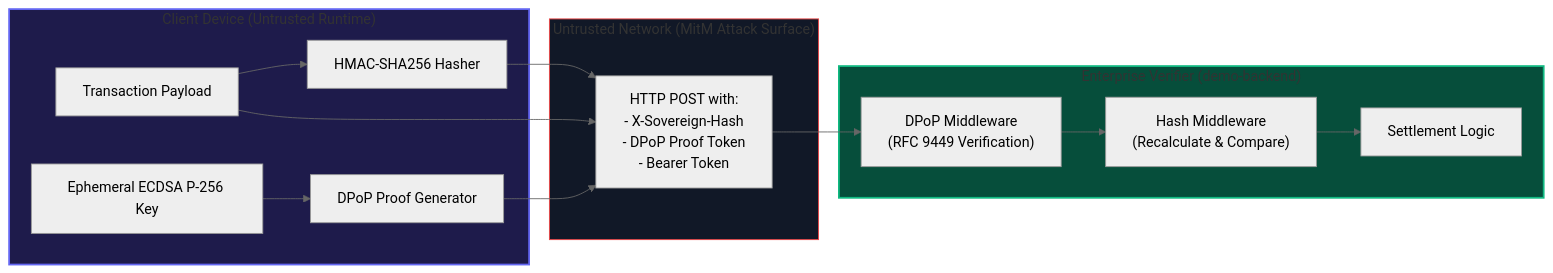
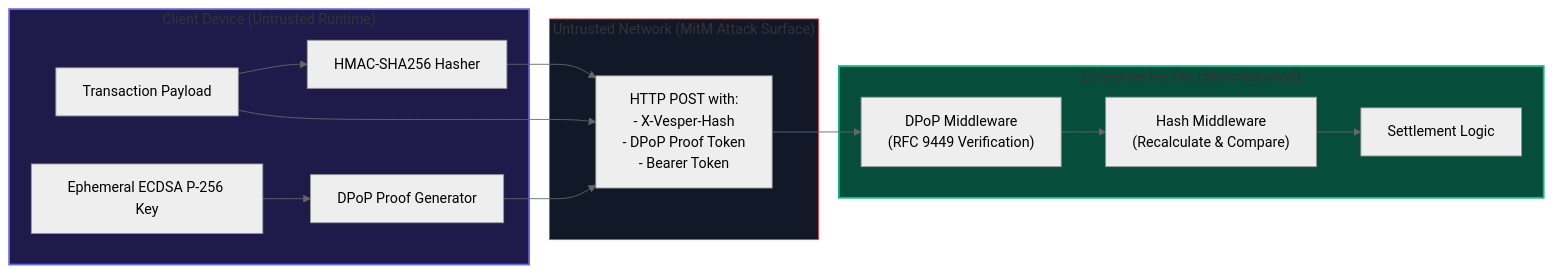
The first of 2 diagrams in docs/compliance/dora_operational_resilience.md (ChristianPastenC/vesper-platform), drawn with Mermaid (neutral theme) before and after one commit. The commit also changed other lines of this file and 267 other files, not shown here.

````diff
--- a/docs/compliance/dora_operational_resilience.md
+++ b/docs/compliance/dora_operational_resilience.md
@@ -44,32 +44,32 @@
 ```mermaid
 graph LR
     subgraph Client ["Client Device (Untrusted Runtime)"]
         Payload["Transaction Payload"]
         Key["Ephemeral ECDSA P-256 Key"]
         DPoP["DPoP Proof Generator"]
         HMAC["HMAC-SHA256 Hasher"]
     end
 
     subgraph Transport ["Untrusted Network (MitM Attack Surface)"]
-        Req["HTTP POST with:\n- X-Sovereign-Hash\n- DPoP Proof Token\n- Bearer Token"]
+        Req["HTTP POST with:\n- X-Vesper-Hash\n- DPoP Proof Token\n- Bearer Token"]
     end
 
     subgraph Backend ["Enterprise Verifier (demo-backend)"]
         V_DPoP["DPoP Middleware\n(RFC 9449 Verification)"]
         V_HMAC["Hash Middleware\n(Recalculate & Compare)"]
         Engine["Settlement Logic"]
     end
 
     Payload --> HMAC
     Key --> DPoP
     Payload --> Req
     DPoP --> Req
     HMAC --> Req
     Req --> V_DPoP
     V_DPoP --> V_HMAC
     V_HMAC --> Engine
 
     style Client fill:#1e1b4b,stroke:#6366f1,stroke-width:2px;
     style Transport fill:#111827,stroke:#ef4444,stroke-width:1px;
     style Backend fill:#064e3b,stroke:#10b981,stroke-width:2px;
 ```
````
